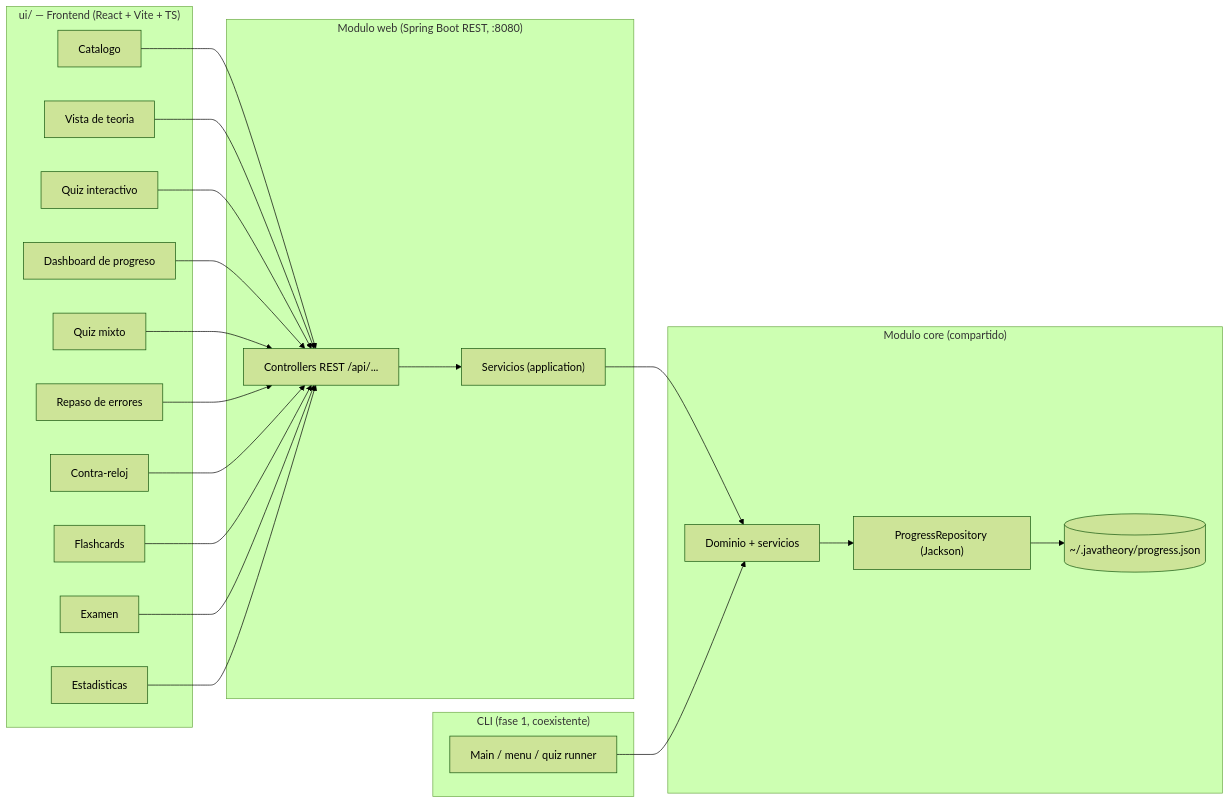
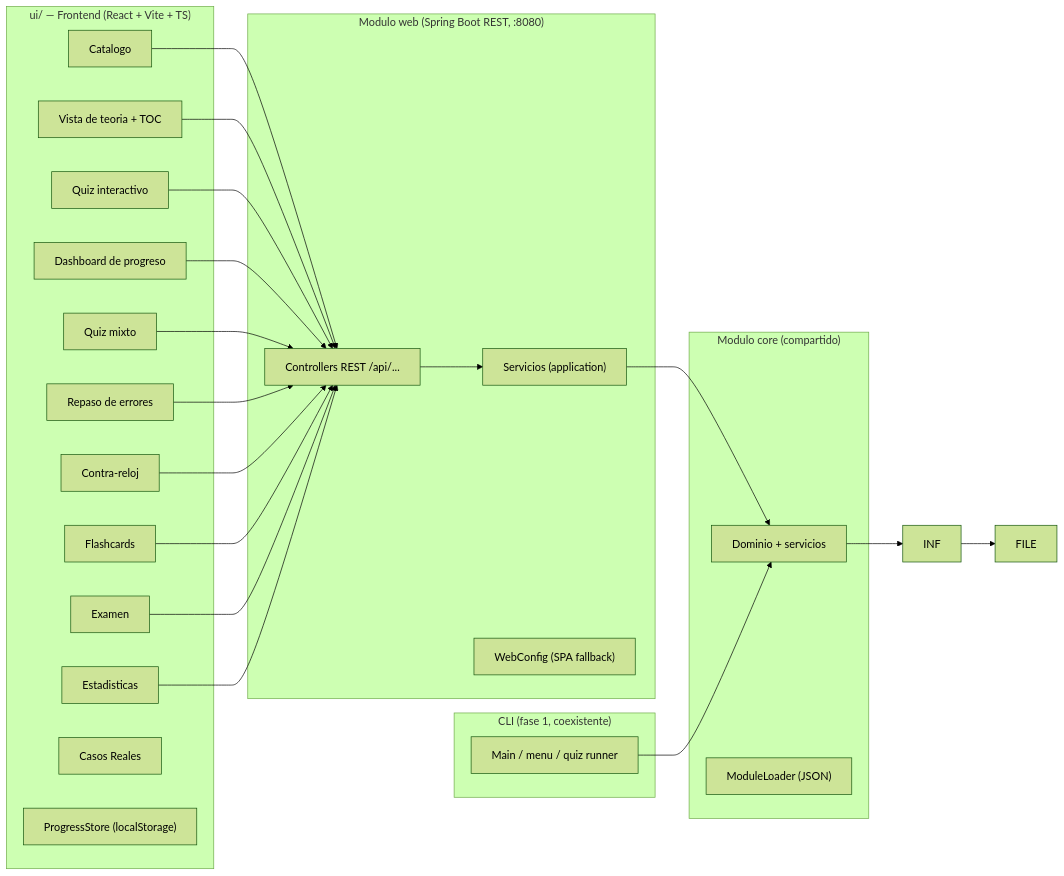
One commit to Luvwen/java-interview-prep changed the fourth of 4 diagrams in specs/technical-description.md. Above: the diagram before and after it, drawn with Mermaid (forest theme). The commit also changed other lines of this file and 20 other files, not shown here.

````diff
--- a/specs/technical-description.md
+++ b/specs/technical-description.md
@@ -219,43 +225,45 @@
 ```mermaid
 flowchart LR
     subgraph FE["ui/ — Frontend (React + Vite + TS)"]
         C["Catalogo"]
-        T["Vista de teoria"]
+        T["Vista de teoria + TOC"]
         Q["Quiz interactivo"]
         D["Dashboard de progreso"]
         MQ["Quiz mixto"]
         ER["Repaso de errores"]
         TA["Contra-reloj"]
         FC["Flashcards"]
         EX["Examen"]
         ST["Estadisticas"]
+        RW["Casos Reales"]
+        PS["ProgressStore (localStorage)"]
     end
     subgraph WEB["Modulo web (Spring Boot REST, :8080)"]
         API["Controllers REST /api/..."]
         APP2["Servicios (application)"]
+        WC["WebConfig (SPA fallback)"]
     end
     subgraph CORE["Modulo core (compartido)"]
         DOM["Dominio + servicios"]
-        INF["ProgressRepository (Jackson)"]
-        FILE[("~/.javatheory/progress.json")]
+        ML["ModuleLoader (JSON)"]
     end
     subgraph CLI2["CLI (fase 1, coexistente)"]
         CLIAPP["Main / menu / quiz runner"]
     end
 
     C --> API
     T --> API
     Q --> API
     D --> API
     MQ --> API
     ER --> API
     TA --> API
     FC --> API
     EX --> API
     ST --> API
     API --> APP2
     APP2 --> DOM
     DOM --> INF
     INF --> FILE
     CLIAPP --> DOM
 ```
````
